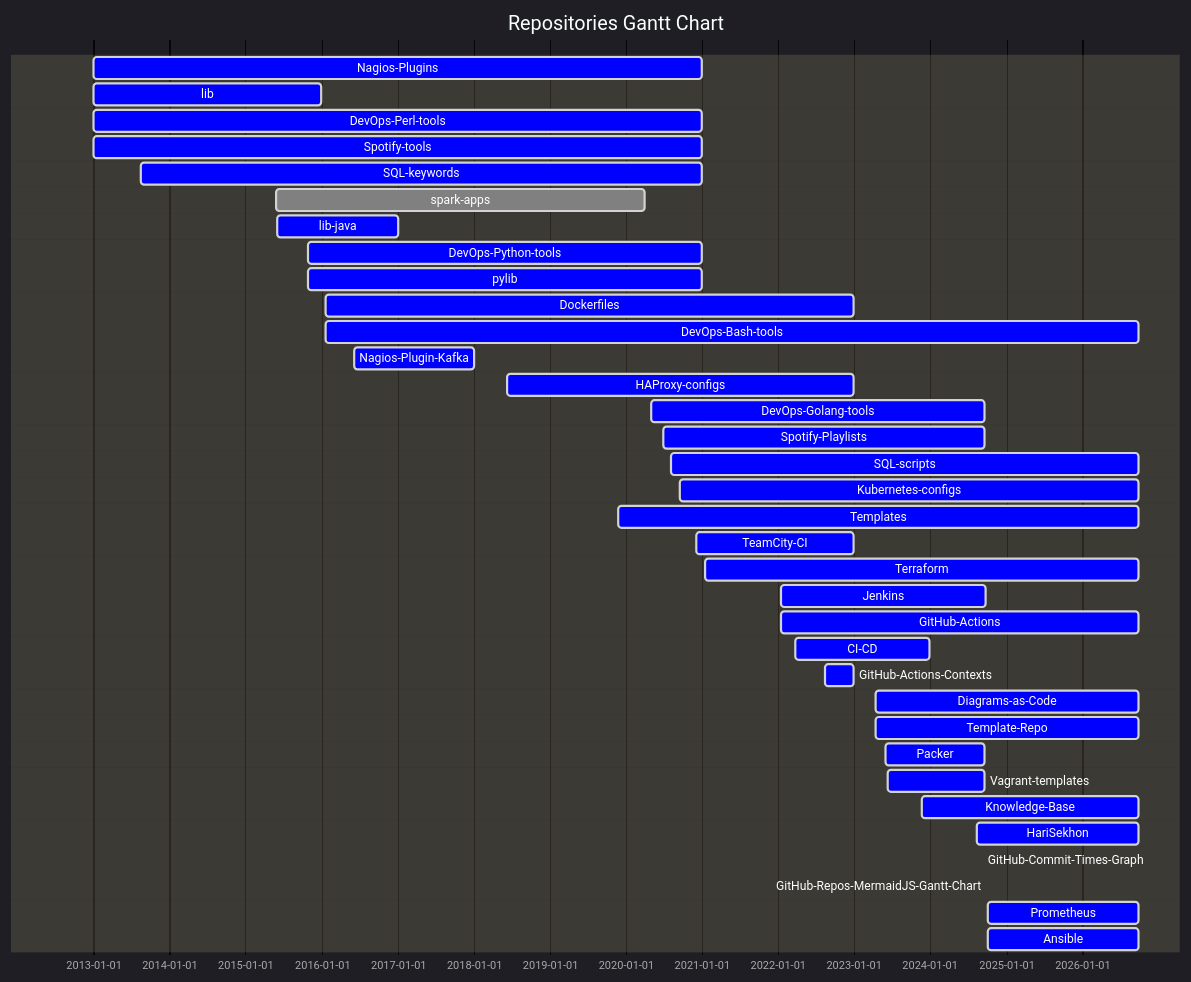
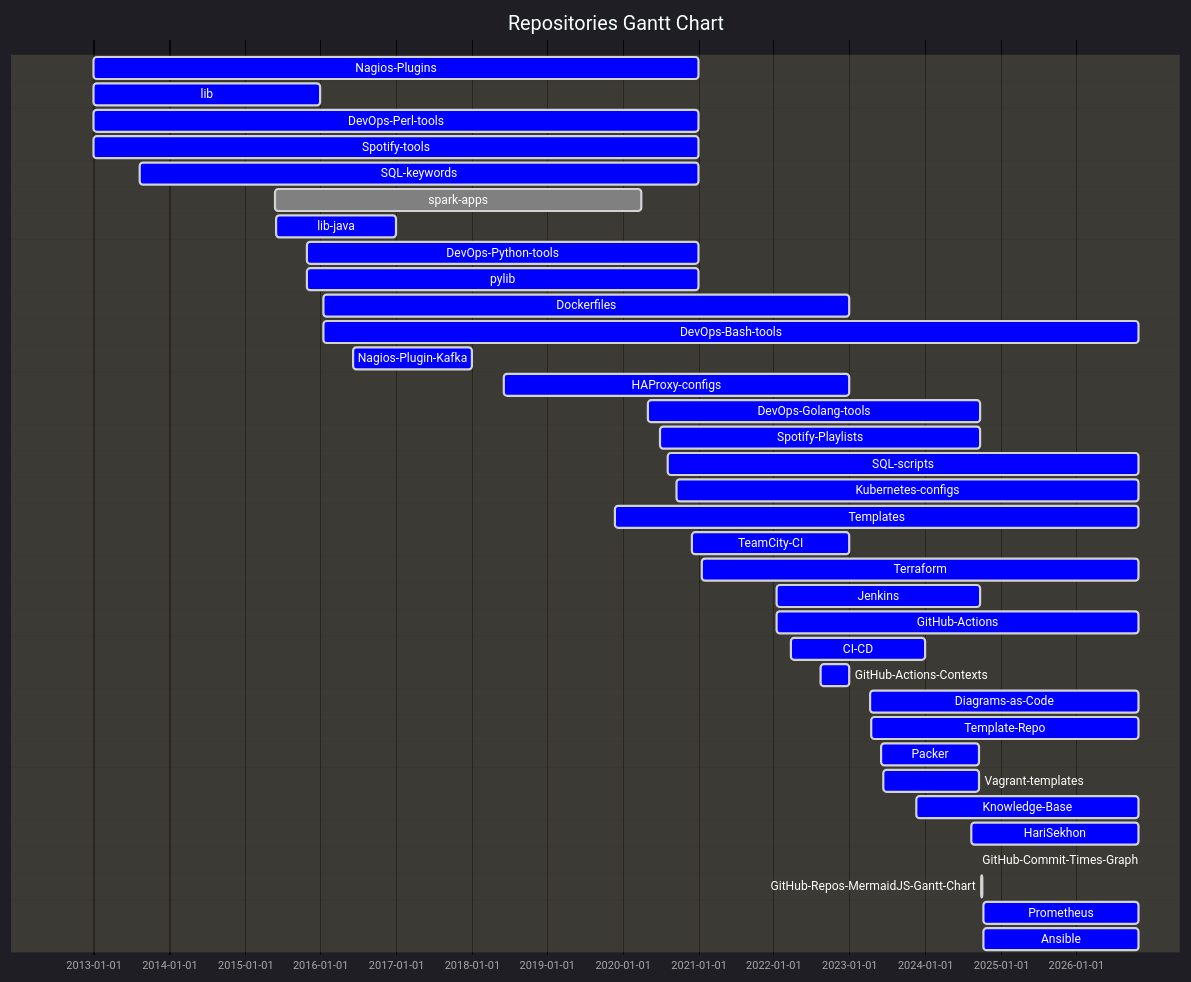
The first of 2 diagrams in README.md (HariSekhon/HariSekhon), drawn with Mermaid before and after one commit. The commit also changed other lines of this file, not shown here.

````diff
--- a/README.md
+++ b/README.md
@@ -1287,58 +1287,58 @@
 ```mermaid
 %%{ init: {
         "topAxis": true,
         "logLevel": "debug",
         'theme': 'dark',
         'themeVariables': {
           'activeTaskBkgColor': '#0000ff',
           'activeTaskBorderColor': 'lightgrey',
           'critBorderColor': 'lightgrey',
           'doneTaskBkgColor': 'grey',
           'doneTaskBorderColor': 'lightgrey',
           'taskBkgColor': 'black',
           'taskBorderColor': 'black',
           'taskTextColor': 'white',
           'taskTextDarkColor': 'white',
           'taskTextLightColor': 'black',
           'todayLineColor': 'red'
         }
     }
 }%%
 gantt
     dateFormat  YYYY-MM-DD
     title Repositories Gantt Chart
     Nagios-Plugins : active, 2012-12-30, 2020-12-31
     lib : active, 2012-12-30, 2015-12-31
     DevOps-Perl-tools : active, 2012-12-30, 2020-12-31
     Spotify-tools : active, 2012-12-30, 2020-12-31
     SQL-keywords : active, 2013-08-13, 2020-12-31
     spark-apps : done, 2015-05-25, 2020-04-02
     lib-java : active, 2015-05-31, 2016-12-31
     DevOps-Python-tools : active, 2015-10-27, 2020-12-31
     pylib : active, 2015-10-27, 2020-12-31
     Dockerfiles : active, 2016-01-17, 2022-12-31
-    DevOps-Bash-tools : active, 2016-01-17, 2026-09-30
+    DevOps-Bash-tools : active, 2016-01-17, 2026-10-30
     Nagios-Plugin-Kafka : active, 2016-06-07, 2017-12-31
     HAProxy-configs : active, 2018-06-08, 2022-12-31
     DevOps-Golang-tools : active, 2020-04-30, 2024-09-22
     Spotify-Playlists : active, 2020-06-29, 2024-09-22
-    SQL-scripts : active, 2020-08-05, 2026-09-30
-    Kubernetes-configs : active, 2020-09-16, 2026-09-30
-    Templates : active, 2019-11-25, 2026-09-30
+    SQL-scripts : active, 2020-08-05, 2026-10-30
+    Kubernetes-configs : active, 2020-09-16, 2026-10-30
+    Templates : active, 2019-11-25, 2026-10-30
     TeamCity-CI : active, 2020-12-03, 2022-12-31
-    Terraform : active, 2021-01-18, 2026-09-30
+    Terraform : active, 2021-01-18, 2026-10-30
     Jenkins : active, 2022-01-17, 2024-09-23
-    GitHub-Actions : active, 2022-01-17, 2026-09-30
+    GitHub-Actions : active, 2022-01-17, 2026-10-30
     CI-CD : active, 2022-03-25, 2023-12-31
     GitHub-Actions-Contexts : active, 2022-08-17, 2022-12-31
-    Diagrams-as-Code : active, 2023-04-14, 2026-09-30
-    Template-Repo : active, 2023-04-15, 2026-09-30
+    Diagrams-as-Code : active, 2023-04-14, 2026-10-30
+    Template-Repo : active, 2023-04-15, 2026-10-30
     Packer : active, 2023-06-02, 2024-09-21
     Vagrant-templates : active, 2023-06-12, 2024-09-21
-    Knowledge-Base : active, 2023-11-22, 2026-09-30
-    HariSekhon : active, 2024-08-14, 2026-09-30
+    Knowledge-Base : active, 2023-11-22, 2026-10-30
+    HariSekhon : active, 2024-08-14, 2026-10-30
     GitHub-Commit-Times-Graph : active, 2024-09-07, 2024-09-08
     GitHub-Repos-MermaidJS-Gantt-Chart : active, 2024-10-02, 2024-10-03
-    Prometheus : active, 2024-10-08, 2026-09-30
-    Ansible : active, 2024-10-08, 2026-09-30
+    Prometheus : active, 2024-10-08, 2026-10-30
+    Ansible : active, 2024-10-08, 2026-10-30
 ```
````
